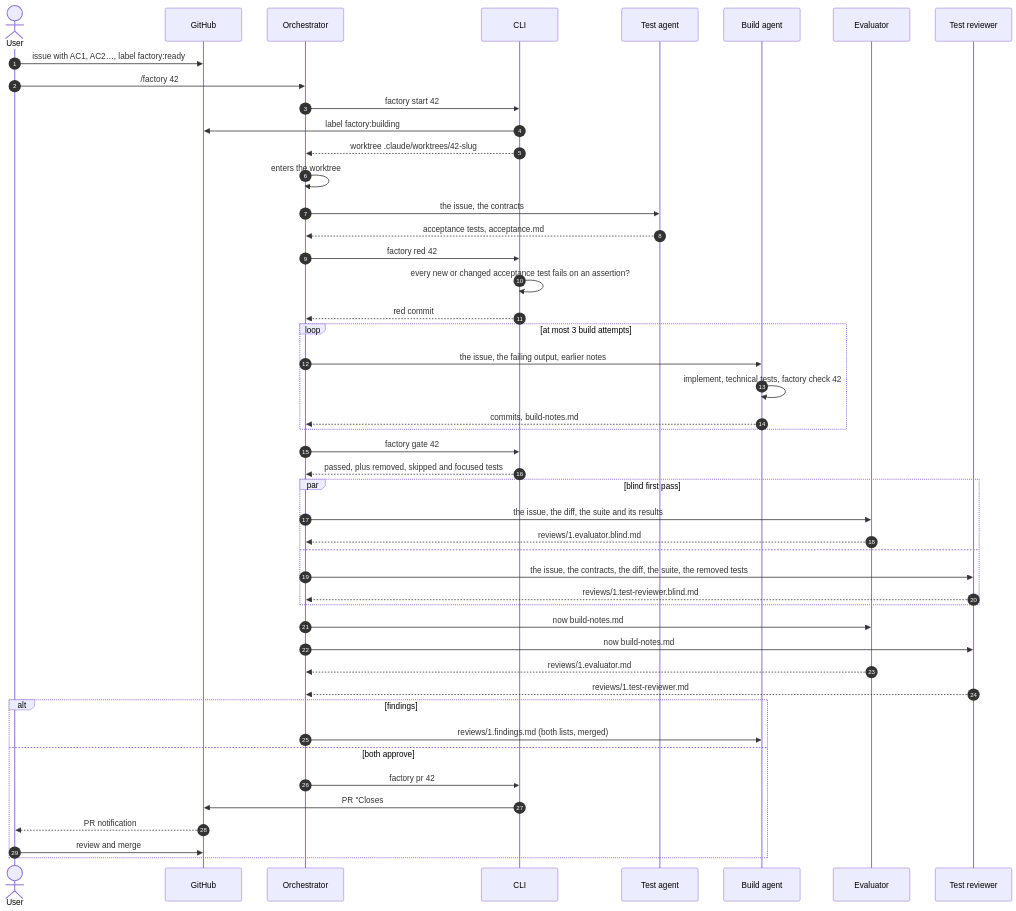
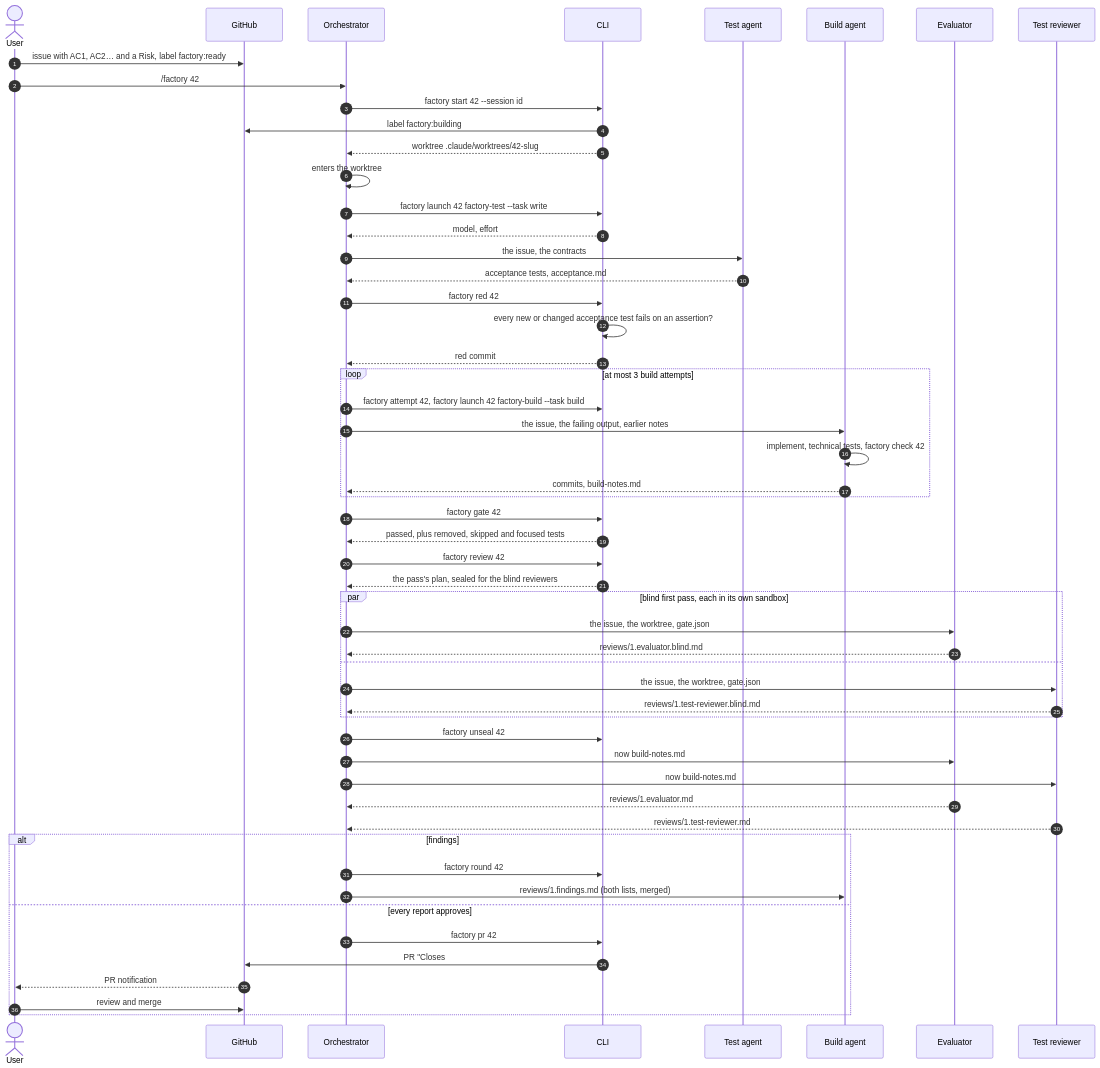
The second of 9 diagrams in factory/README.md (moralesbang/wandr), drawn with Mermaid before and after one commit. The commit also changed other lines of this file and 1 other file, not shown here.

First line of the commit message:
docs(factory): define the factory as of v1.3 and record the version

````diff
--- a/factory/README.md
+++ b/factory/README.md
@@ -84,50 +119,57 @@
 ```mermaid
 sequenceDiagram
     autonumber
     actor U as User
     participant GH as GitHub
     participant O as Orchestrator
     participant C as CLI
     participant T as Test agent
     participant B as Build agent
     participant E as Evaluator
     participant R as Test reviewer
 
-    U->>GH: issue with AC1, AC2…, label factory:ready
+    U->>GH: issue with AC1, AC2… and a Risk, label factory:ready
     U->>O: /factory 42
-    O->>C: factory start 42
+    O->>C: factory start 42 --session id
     C->>GH: label factory:building
     C-->>O: worktree .claude/worktrees/42-slug
     O->>O: enters the worktree
+    O->>C: factory launch 42 factory-test --task write
+    C-->>O: model, effort
     O->>T: the issue, the contracts
     T-->>O: acceptance tests, acceptance.md
     O->>C: factory red 42
     C->>C: every new or changed acceptance test fails on an assertion?
     C-->>O: red commit
     loop at most 3 build attempts
+        O->>C: factory attempt 42, factory launch 42 factory-build --task build
         O->>B: the issue, the failing output, earlier notes
         B->>B: implement, technical tests, factory check 42
         B-->>O: commits, build-notes.md
     end
     O->>C: factory gate 42
     C-->>O: passed, plus removed, skipped and focused tests
-    par blind first pass
-        O->>E: the issue, the diff, the suite and its results
+    O->>C: factory review 42
+    C-->>O: the pass's plan, sealed for the blind reviewers
+    par blind first pass, each in its own sandbox
+        O->>E: the issue, the worktree, gate.json
         E-->>O: reviews/1.evaluator.blind.md
     and
-        O->>R: the issue, the contracts, the diff, the suite, the removed tests
+        O->>R: the issue, the worktree, gate.json
         R-->>O: reviews/1.test-reviewer.blind.md
     end
+    O->>C: factory unseal 42
     O->>E: now build-notes.md
     O->>R: now build-notes.md
     E-->>O: reviews/1.evaluator.md
     R-->>O: reviews/1.test-reviewer.md
     alt findings
+        O->>C: factory round 42
         O->>B: reviews/1.findings.md (both lists, merged)
-    else both approve
+    else every report approves
         O->>C: factory pr 42
-        C->>GH: PR "Closes #42", notes and reports as a comment, label factory:pr-open
+        C->>GH: PR "Closes #42", cost table, notes and reports as a comment, label factory:pr-open
         GH-->>U: PR notification
         U->>GH: review and merge
     end
 ```
````
